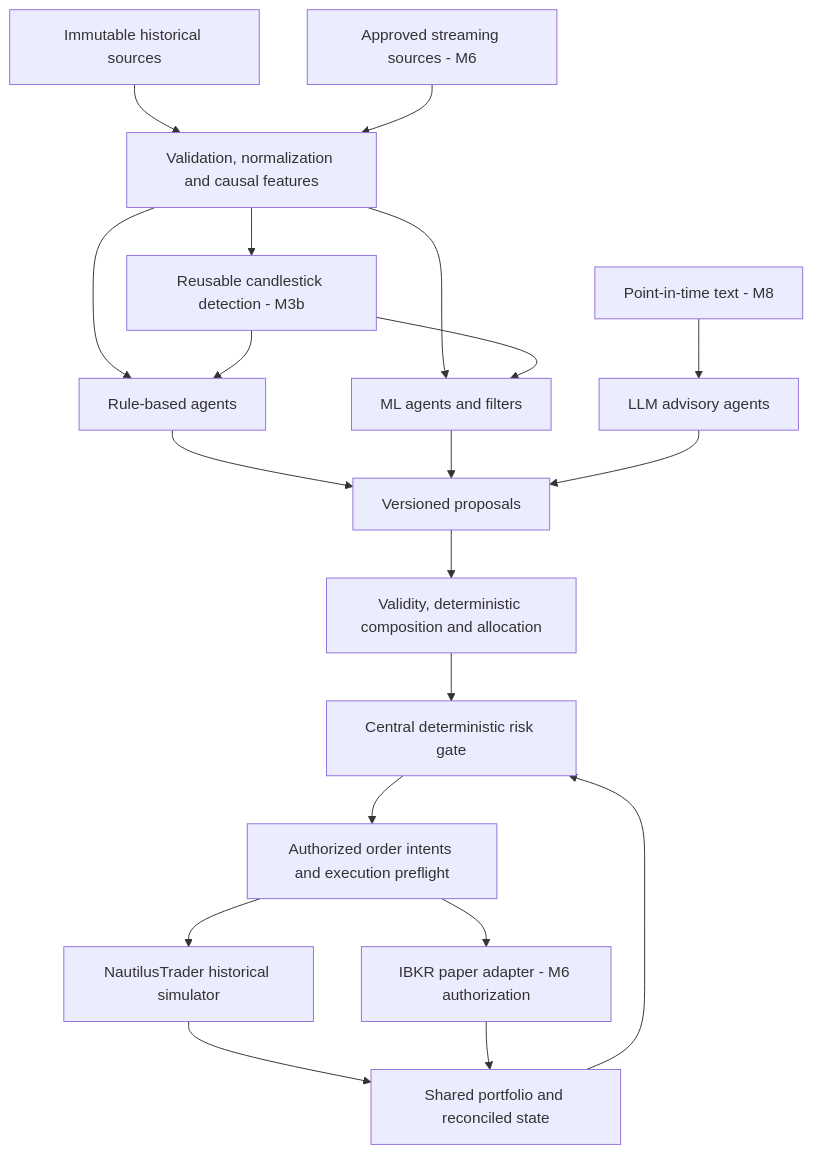
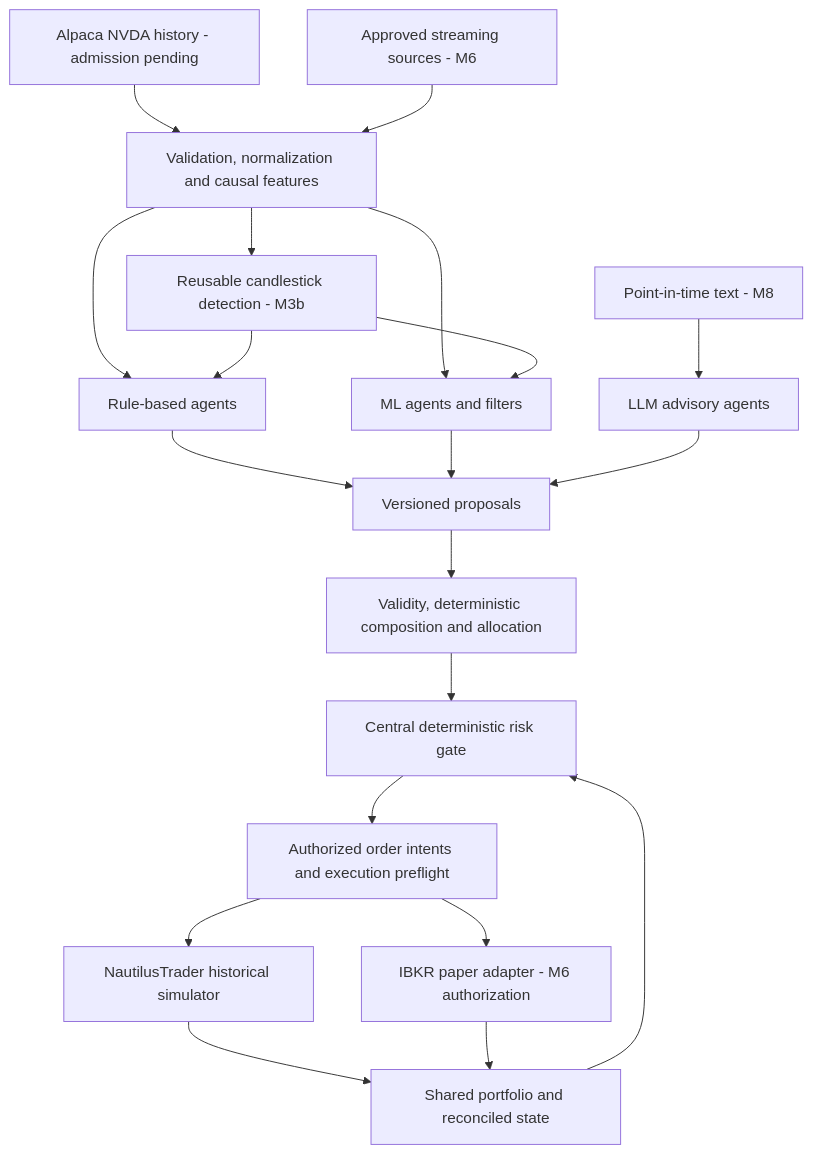
Before and after one commit to antoniesuciu/drift: the diagram in docs/ARCHITECTURE.md, drawn with Mermaid. The commit also changed other lines of this file and 27 other files, not shown here.

Commit message:
docs: align modular requirements with NVDA Alpaca and IBKR scope

````diff
--- a/docs/ARCHITECTURE.md
+++ b/docs/ARCHITECTURE.md
@@ -9,22 +11,22 @@
 ```mermaid
 flowchart TD
-    Historical[Immutable historical sources] --> Data[Validation, normalization and causal features]
+    Historical[Alpaca NVDA history - admission pending] --> Data[Validation, normalization and causal features]
     Streaming[Approved streaming sources - M6] --> Data
     Text[Point-in-time text - M8] --> LLM[LLM advisory agents]
     Data --> Rules[Rule-based agents]
     Data --> ML[ML agents and filters]
     Data --> Patterns[Reusable candlestick detection - M3b]
     Patterns --> Rules
     Patterns --> ML
     Rules --> Proposals[Versioned proposals]
     ML --> Proposals
     LLM --> Proposals
     Proposals --> Policy[Validity, deterministic composition and allocation]
     Policy --> Risk[Central deterministic risk gate]
     Ledger[Shared portfolio and reconciled state] --> Risk
     Risk --> Execution[Authorized order intents and execution preflight]
     Execution --> Simulation[NautilusTrader historical simulator]
     Execution --> Paper[IBKR paper adapter - M6 authorization]
     Simulation --> Ledger
     Paper --> Ledger
 ```
````
